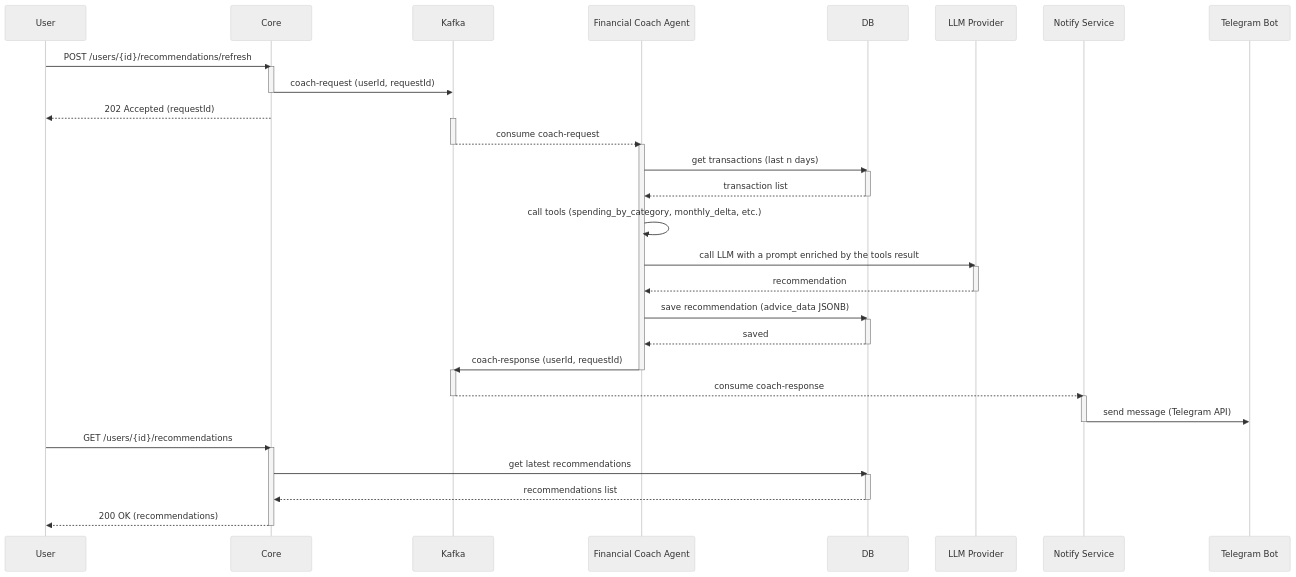
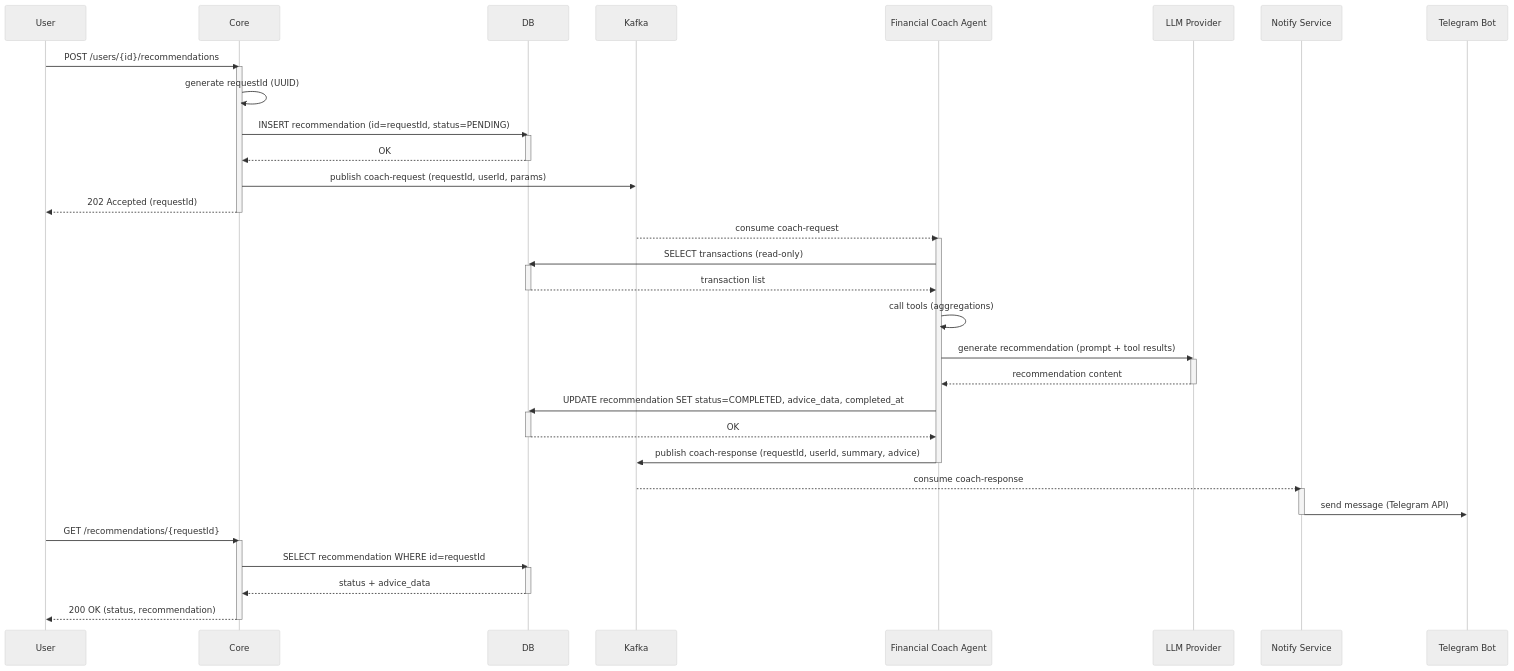
Before and after one commit to irunazushan/finSense: the fifth of 7 diagrams in docs/architecture_diagrams.md, drawn with Mermaid (neutral theme). The commit also changed other lines of this file and 9 other files, not shown here.

````diff
--- a/docs/architecture_diagrams.md
+++ b/docs/architecture_diagrams.md
@@ -180,59 +184,60 @@
 ```mermaid
 sequenceDiagram
     participant User
     participant Core
+    participant DB
     participant Kafka
     participant Coach as Financial Coach Agent
-    participant DB
     participant LLM as LLM Provider
     participant Notify as Notify Service
     participant TG as Telegram Bot
 
-    User->>Core: POST /users/{id}/recommendations/refresh
+    User->>Core: POST /users/{id}/recommendations
     activate Core
-    Core->>Kafka: coach-request (userId, requestId)
+
+    Core->>Core: generate requestId (UUID)
+    Core->>DB: INSERT recommendation (id=requestId, status=PENDING)
+    activate DB
+    DB-->>Core: OK
+    deactivate DB
+
+    Core->>Kafka: publish coach-request (requestId, userId, params)
+    Core-->>User: 202 Accepted (requestId)
     deactivate Core
-    Core-->>User: 202 Accepted (requestId)
 
-    activate Kafka
     Kafka-->>Coach: consume coach-request
-    deactivate Kafka
+    activate Coach
 
-    activate Coach
-    Coach->>DB: get transactions (last n days)
+    Coach->>DB: SELECT transactions (read-only)
     activate DB
     DB-->>Coach: transaction list
     deactivate DB
 
-    Coach->>Coach: call tools (spending_by_category, monthly_delta, etc.)
-    Coach->>LLM: call LLM with a prompt enriched by the tools result
+    Coach->>Coach: call tools (aggregations)
+    Coach->>LLM: generate recommendation (prompt + tool results)
     activate LLM
-    LLM-->>Coach: recommendation
+    LLM-->>Coach: recommendation content
     deactivate LLM
 
-    Coach->>DB: save recommendation (advice_data JSONB)
+    Coach->>DB: UPDATE recommendation SET status=COMPLETED, advice_data, completed_at
     activate DB
-    DB-->>Coach: saved
+    DB-->>Coach: OK
     deactivate DB
 
-    Coach->>Kafka: coach-response (userId, requestId)
+    Coach->>Kafka: publish coach-response (requestId, userId, summary, advice)
     deactivate Coach
 
-    activate Kafka
     Kafka-->>Notify: consume coach-response
-    deactivate Kafka
-
     activate Notify
-    
     Notify->>TG: send message (Telegram API)
     deactivate Notify
 
-    User->>Core: GET /users/{id}/recommendations
+    User->>Core: GET /recommendations/{requestId}
     activate Core
-    Core->>DB: get latest recommendations
+    Core->>DB: SELECT recommendation WHERE id=requestId
     activate DB
-    DB-->>Core: recommendations list
+    DB-->>Core: status + advice_data
     deactivate DB
-    Core-->>User: 200 OK (recommendations)
+    Core-->>User: 200 OK (status, recommendation)
     deactivate Core
 ```
````
